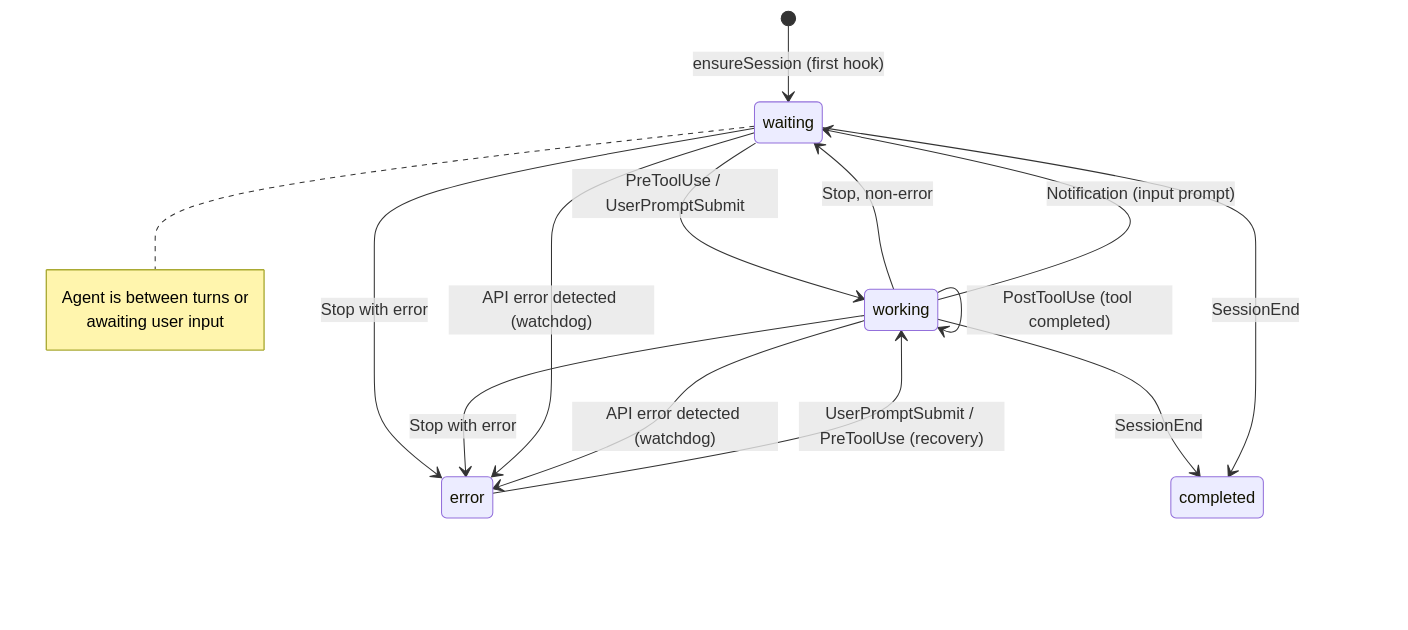
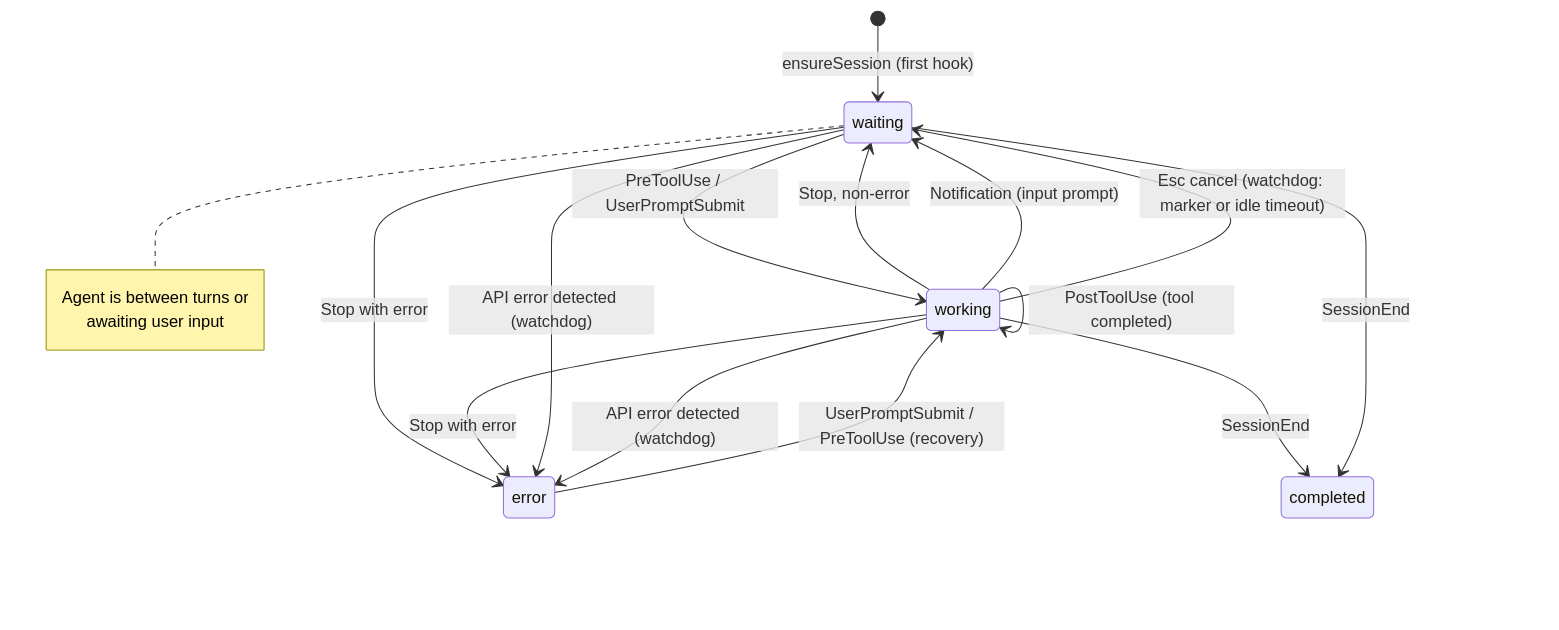
One commit to zhangqinzhong/Claude-Code-Agent-Monitor changed the fourth of 23 diagrams in README.md. Above: the diagram before and after it, drawn with Mermaid. The commit also changed other lines of this file and 15 other files, not shown here.

````diff
--- a/README.md
+++ b/README.md
@@ -516,20 +517,21 @@
 ```mermaid
 stateDiagram-v2
     [*] --> waiting: ensureSession (first hook)
     waiting --> working: PreToolUse / UserPromptSubmit
     working --> working: PostToolUse (tool completed)
     working --> waiting: Stop, non-error
     working --> waiting: Notification (input prompt)
+    working --> waiting: Esc cancel (watchdog: marker or idle timeout)
     waiting --> error: Stop with error
     working --> error: Stop with error
     waiting --> error: API error detected (watchdog)
     working --> error: API error detected (watchdog)
     error --> working: UserPromptSubmit / PreToolUse (recovery)
     working --> completed: SessionEnd
     waiting --> completed: SessionEnd
 
     note right of waiting
         Agent is between turns or
         awaiting user input
     end note
 ```
````
